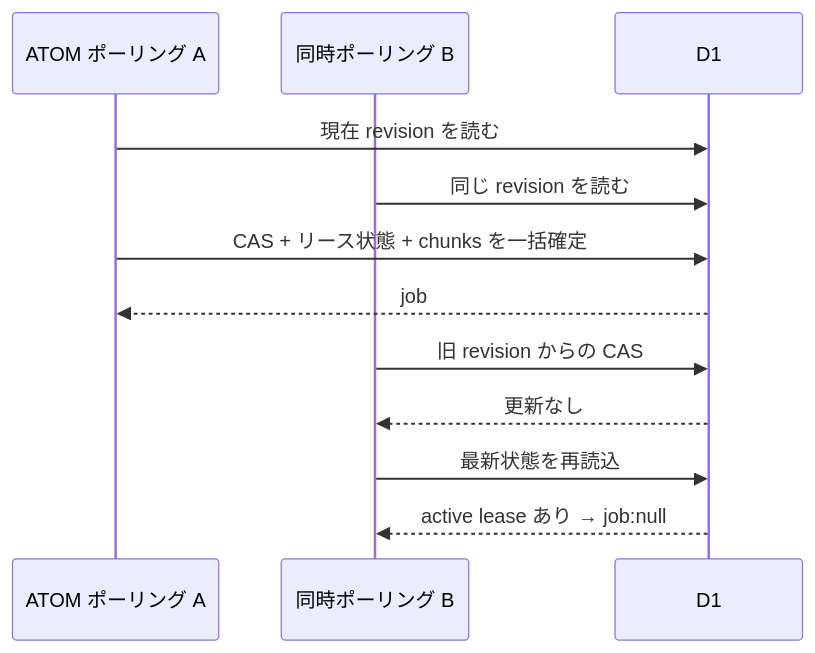
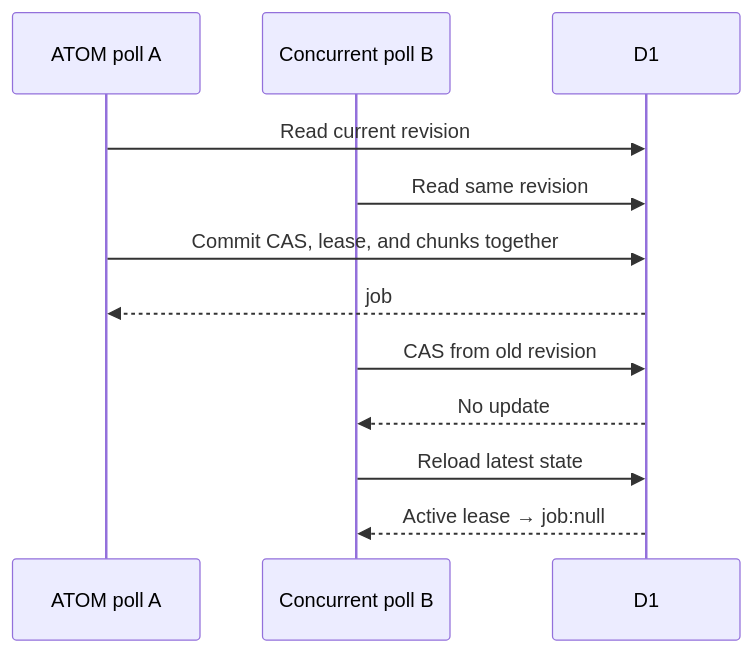
One commit to 3mintimer/muse-relay changed the second of 2 diagrams in server/cloudflare/README.md. Above: the diagram before and after it, drawn with Mermaid. The commit also changed other lines of this file and 49 other files, not shown here.

````diff
--- a/server/cloudflare/README.md
+++ b/server/cloudflare/README.md
@@ -73,14 +75,14 @@
 ```mermaid
 sequenceDiagram
-  participant A as ATOM ポーリング A
-  participant B as 同時ポーリング B
+  participant A as ATOM poll A
+  participant B as Concurrent poll B
   participant D as D1
-  A->>D: 現在 revision を読む
-  B->>D: 同じ revision を読む
-  A->>D: CAS + リース状態 + chunks を一括確定
+  A->>D: Read current revision
+  B->>D: Read same revision
+  A->>D: Commit CAS, lease, and chunks together
   D-->>A: job
-  B->>D: 旧 revision からの CAS
-  D-->>B: 更新なし
-  B->>D: 最新状態を再読込
-  D-->>B: active lease あり → job:null
+  B->>D: CAS from old revision
+  D-->>B: No update
+  B->>D: Reload latest state
+  D-->>B: Active lease → job:null
 ```
````
